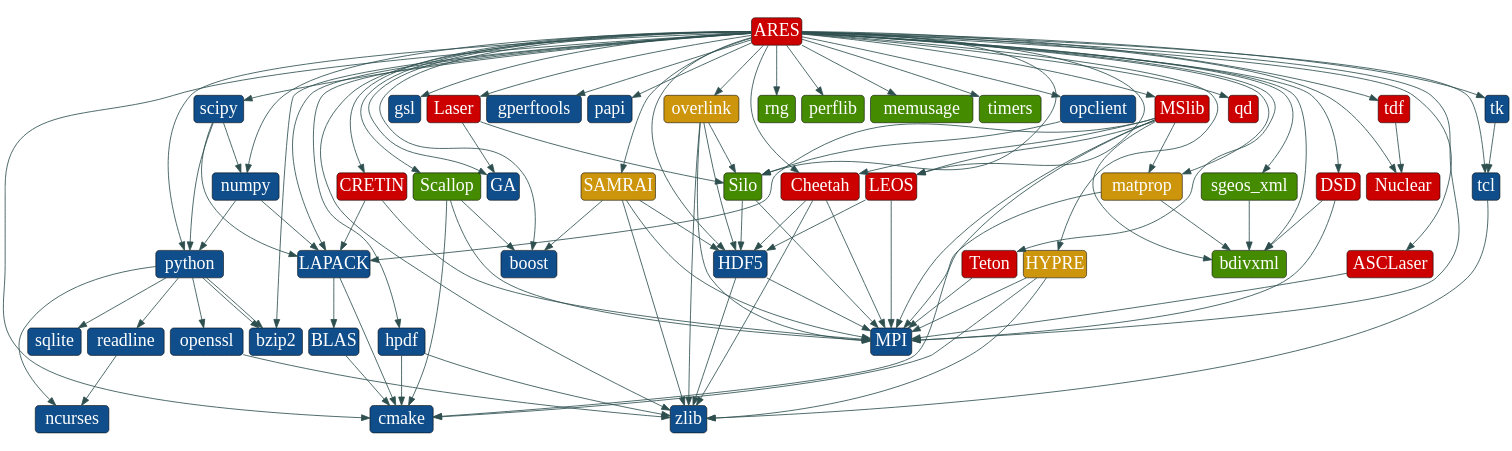
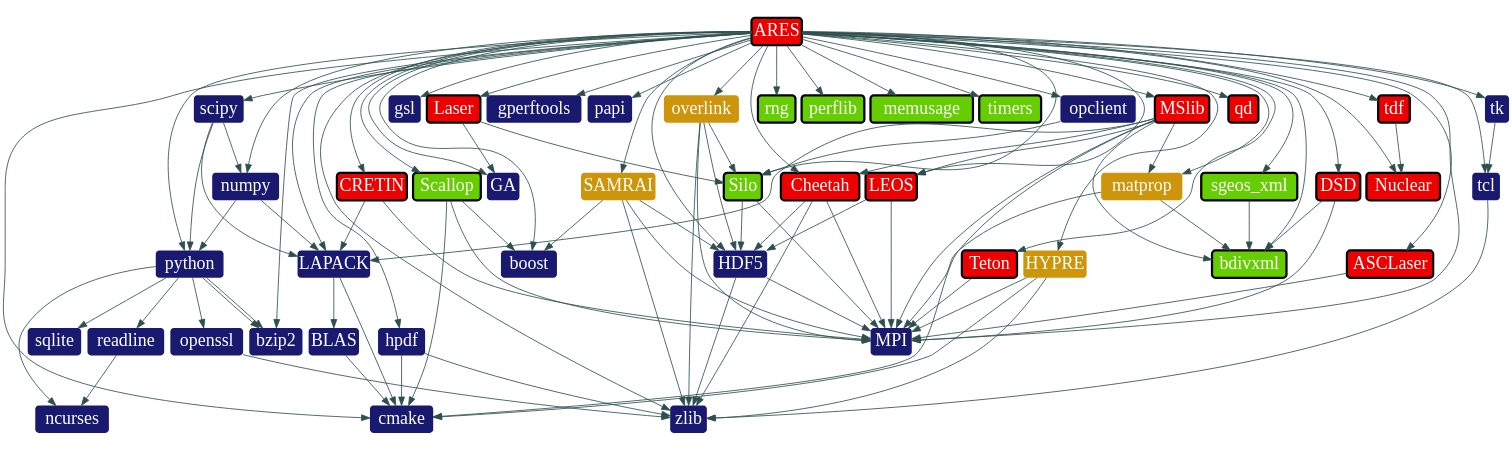
The diagram in figs/ares-dot/ares.dot (spack/spack-sc15-paper), drawn with Graphviz before and after one commit. The commit also changed 8 other files, not shown here.

```diff
--- a/figs/ares-dot/ares.dot
+++ b/figs/ares-dot/ares.dot
@@ -1,174 +1,174 @@
 digraph G {
     labelloc = "b"
     rankdir = "TB"
     ratio = .3
     nodesep=0.3
     edge[penwidth=3,
          arrowsize=3,
          color="darkslategray"]
     node[
          color=black,
-         penwidth=2,
+         penwidth=0,
          fontname=ArialBlack,
          fontsize=64,
          margin=0.2,
          fontcolor=white,
          shape=box,
          style="rounded,filled"]
 
-"ares"                         [label="ARES", fillcolor=red3]
-"tcl"                          [label="tcl", fillcolor=dodgerblue4]
-"tk"                           [label="tk", fillcolor=dodgerblue4]
-"scipy"                        [label="scipy", fillcolor=dodgerblue4]
-"python"                       [label="python", fillcolor=dodgerblue4]
-"cmake"                        [label="cmake", fillcolor=dodgerblue4]
-"hpdf"                         [label="hpdf", fillcolor=dodgerblue4]
-"opclient"                     [label="opclient", fillcolor=dodgerblue4]
-"boost"                        [label="boost", fillcolor=dodgerblue4]
-"zlib"                         [label="zlib", fillcolor=dodgerblue4]
-"numpy"                        [label="numpy", fillcolor=dodgerblue4]
-"bzip2"                        [label="bzip2", fillcolor=dodgerblue4]
-"lapack"                       [label="LAPACK", fillcolor=dodgerblue4]
-"netlib-blas"                  [label="BLAS", fillcolor=dodgerblue4]
-"gsl"                          [label="gsl", fillcolor=dodgerblue4]
-"hdf5"                         [label="HDF5", fillcolor=dodgerblue4]
-"gperftools"                   [label="gperftools", fillcolor=dodgerblue4]
-"papi"                         [label="papi", fillcolor=dodgerblue4]
-"GA"                           [label="GA", fillcolor=dodgerblue4]
-"bdivxml"                      [label="bdivxml",fillcolor=chartreuse4]
-"sgeos_xml"                    [label="sgeos_xml", fillcolor=chartreuse4]
-"scallop"                      [label="Scallop", fillcolor=chartreuse4]
-"rng"                          [label="rng", fillcolor=chartreuse4]
-"perflib"                      [label="perflib", fillcolor=chartreuse4]
-"memusage"                     [label="memusage", fillcolor=chartreuse4]
-"timers"                       [label="timers", fillcolor=chartreuse4]
-"silo"                         [label="Silo", fillcolor=chartreuse4]
-"SAMRAI"                       [label="SAMRAI", fillcolor=darkgoldenrod3]
-"hypre"                        [label="HYPRE", fillcolor=darkgoldenrod3]
-"matprop"                      [label="matprop", fillcolor=darkgoldenrod3]
-"overlink"                     [label="overlink", fillcolor=darkgoldenrod3]
-"qd"                           [label="qd", fillcolor=red3]
-"Leos"                         [label="LEOS", fillcolor=red3]
-"mslib"                        [label="MSlib", fillcolor=red3]
-"Laser"                        [label="Laser", fillcolor=red3]
-"cretin"                       [label="CRETIN", fillcolor=red3]
-"tdf"                          [label="tdf", fillcolor=red3]
-"Cheetah"                      [label="Cheetah", fillcolor=red3]
-"DSD"                          [label="DSD", fillcolor=red3]
-"Teton"                        [label="Teton", fillcolor=red3]
-"nuclear"                      [label="Nuclear", fillcolor=red3]
-"ASCLaser"                     [label="ASCLaser", fillcolor=red3]
-"ncurses"                      [label="ncurses", fillcolor=dodgerblue4]
-"sqlite"                       [label="sqlite", fillcolor=dodgerblue4]
-"readline"                     [label="readline", fillcolor=dodgerblue4]
-"openssl"                      [label="openssl", fillcolor=dodgerblue4]
+"ares"                         [label="ARES", fillcolor=red2, style="rounded,filled", penwidth=8]
+"tcl"                          [label="tcl", fillcolor=midnightblue]
+"tk"                           [label="tk", fillcolor=midnightblue]
+"scipy"                        [label="scipy", fillcolor=midnightblue]
+"python"                       [label="python", fillcolor=midnightblue]
+"cmake"                        [label="cmake", fillcolor=midnightblue]
+"hpdf"                         [label="hpdf", fillcolor=midnightblue]
+"opclient"                     [label="opclient", fillcolor=midnightblue]
+"boost"                        [label="boost", fillcolor=midnightblue]
+"zlib"                         [label="zlib", fillcolor=midnightblue]
+"numpy"                        [label="numpy", fillcolor=midnightblue]
+"bzip2"                        [label="bzip2", fillcolor=midnightblue]
+"lapack"                       [label="LAPACK", fillcolor=midnightblue]
+"netlib-blas"                  [label="BLAS", fillcolor=midnightblue]
+"gsl"                          [label="gsl", fillcolor=midnightblue]
+"hdf5"                         [label="HDF5", fillcolor=midnightblue]
+"gperftools"                   [label="gperftools", fillcolor=midnightblue]
+"papi"                         [label="papi", fillcolor=midnightblue]
+"GA"                           [label="GA", fillcolor=midnightblue]
+"bdivxml"                      [label="bdivxml",fillcolor=chartreuse3, style="rounded,filled", penwidth=8]
+"sgeos_xml"                    [label="sgeos_xml", fillcolor=chartreuse3, style="rounded,filled", penwidth=8]
+"scallop"                      [label="Scallop", fillcolor=chartreuse3, style="rounded,filled", penwidth=8]
+"rng"                          [label="rng", fillcolor=chartreuse3, style="rounded,filled", penwidth=8]
+"perflib"                      [label="perflib", fillcolor=chartreuse3, style="rounded,filled", penwidth=8]
+"memusage"                     [label="memusage", fillcolor=chartreuse3, style="rounded,filled", penwidth=8]
+"timers"                       [label="timers", fillcolor=chartreuse3, style="rounded,filled", penwidth=8]
+"silo"                         [label="Silo", fillcolor=chartreuse3, style="rounded,filled", penwidth=8]
+"SAMRAI"                       [label="SAMRAI", fillcolor=darkgoldenrod3, style="rounded,filled"]
+"hypre"                        [label="HYPRE", fillcolor=darkgoldenrod3, style="rounded,filled"]
+"matprop"                      [label="matprop", fillcolor=darkgoldenrod3, style="rounded,filled"]
+"overlink"                     [label="overlink", fillcolor=darkgoldenrod3, style="rounded,filled"]
+"qd"                           [label="qd", fillcolor=red2, style="rounded,filled", penwidth=8]
+"Leos"                         [label="LEOS", fillcolor=red2, style="rounded,filled", penwidth=8]
+"mslib"                        [label="MSlib", fillcolor=red2, style="rounded,filled", penwidth=8]
+"Laser"                        [label="Laser", fillcolor=red2, style="rounded,filled", penwidth=8]
+"cretin"                       [label="CRETIN", fillcolor=red2, style="rounded,filled", penwidth=8]
+"tdf"                          [label="tdf", fillcolor=red2, style="rounded,filled", penwidth=8]
+"Cheetah"                      [label="Cheetah", fillcolor=red2, style="rounded,filled", penwidth=8]
+"DSD"                          [label="DSD", fillcolor=red2, style="rounded,filled", penwidth=8]
+"Teton"                        [label="Teton", fillcolor=red2, style="rounded,filled", penwidth=8]
+"nuclear"                      [label="Nuclear", fillcolor=red2, style="rounded,filled", penwidth=8]
+"ASCLaser"                     [label="ASCLaser", fillcolor=red2, style="rounded,filled", penwidth=8]
+"ncurses"                      [label="ncurses", fillcolor=midnightblue]
+"sqlite"                       [label="sqlite", fillcolor=midnightblue]
+"readline"                     [label="readline", fillcolor=midnightblue]
+"openssl"                      [label="openssl", fillcolor=midnightblue]
 
-"mpi"                          [label="MPI", fillcolor=dodgerblue4]
+"mpi"                          [label="MPI", fillcolor=midnightblue]
 
 "ares" -> "mpi"
 "overlink" -> "mpi"
 "Leos" -> "mpi"
 "Cheetah" -> "mpi"
 "Teton" -> "mpi"
 "ASCLaser" -> "mpi"
 "DSD" -> "mpi"
 "mslib" -> "mpi"
 "cretin" -> "mpi"
 "hypre" -> "mpi"
 "matprop" -> "mpi"
 "scallop" -> "mpi"
 "hdf5" -> "mpi"
 "silo" -> "mpi"
 "SAMRAI" -> "mpi"
 
 
 "tk" -> "tcl"
 "tcl" -> "zlib"
 "scipy" -> "python"
 "scipy" -> "lapack"
 "scipy" -> "numpy"
 "python" -> "bzip2"
 "sgeos_xml" -> "bdivxml"
 "hpdf" -> "zlib"
 "hpdf" -> "cmake"
 "opclient" -> "silo"
 "Leos" -> "hdf5"
 "matprop" -> "bdivxml"
 "silo" -> "hdf5"
 "SAMRAI" -> "zlib"
 "SAMRAI" -> "boost"
 "SAMRAI" -> "hdf5"
 "scallop" -> "cmake"
 "scallop" -> "boost"
 "Laser" -> "GA"
 "Laser" -> "silo"
 "cretin" -> "lapack"
 "hdf5" -> "zlib"
 "ares" -> "hpdf"
 "ares" -> "scallop"
 "ares" -> "tcl"
 "ares" -> "gperftools"
 "ares" -> "Cheetah"
 "ares" -> "sgeos_xml"
 "ares" -> "cretin"
 "ares" -> "Teton"
 "ares" -> "bzip2"
 "ares" -> "cmake"
 "ares" -> "lapack"
 "ares" -> "nuclear"
 "ares" -> "SAMRAI"
 "ares" -> "mslib"
 "ares" -> "tk"
 "ares" -> "boost"
 "ares" -> "Laser"
 "ares" -> "python"
 "ares" -> "bdivxml"
 "ares" -> "rng"
 "ares" -> "tdf"
 "ares" -> "matprop"
 "ares" -> "opclient"
 "ares" -> "scipy"
 "ares" -> "GA"
 "ares" -> "DSD"
 "ares" -> "silo"
 "ares" -> "ASCLaser"
 "ares" -> "hypre"
 "ares" -> "memusage"
 "ares" -> "papi"
 "ares" -> "hdf5"
 "ares" -> "numpy"
 "ares" -> "zlib"
 "ares" -> "Leos"
 "ares" -> "timers"
 "ares" -> "qd"
 "ares" -> "perflib"
 "ares" -> "gsl"
 "ares" -> "overlink"
 "hypre" -> "zlib"
 "hypre" -> "cmake"
 "tdf" -> "nuclear"
 "Cheetah" -> "zlib"
 "Cheetah" -> "hdf5"
 "numpy" -> "python"
 "numpy" -> "lapack"
 "overlink" -> "zlib"
 "overlink" -> "hdf5"
 "overlink" -> "silo"
 "DSD" -> "bdivxml"
 "lapack" -> "cmake"
 "netlib-blas" -> "cmake"
 "lapack" -> "netlib-blas"
 "mslib" -> "cmake"
 "mslib" -> "lapack"
 "mslib" -> "bdivxml"
 "mslib" -> "matprop"
 "mslib" -> "Leos"
 "mslib" -> "Cheetah"
 "readline" -> "ncurses"
 "python" -> "readline"
 "python" -> "ncurses"
 "python" -> "bzip2"
 "python" -> "openssl"
 "python" -> "sqlite"
 "openssl" -> "zlib"
 }
```
